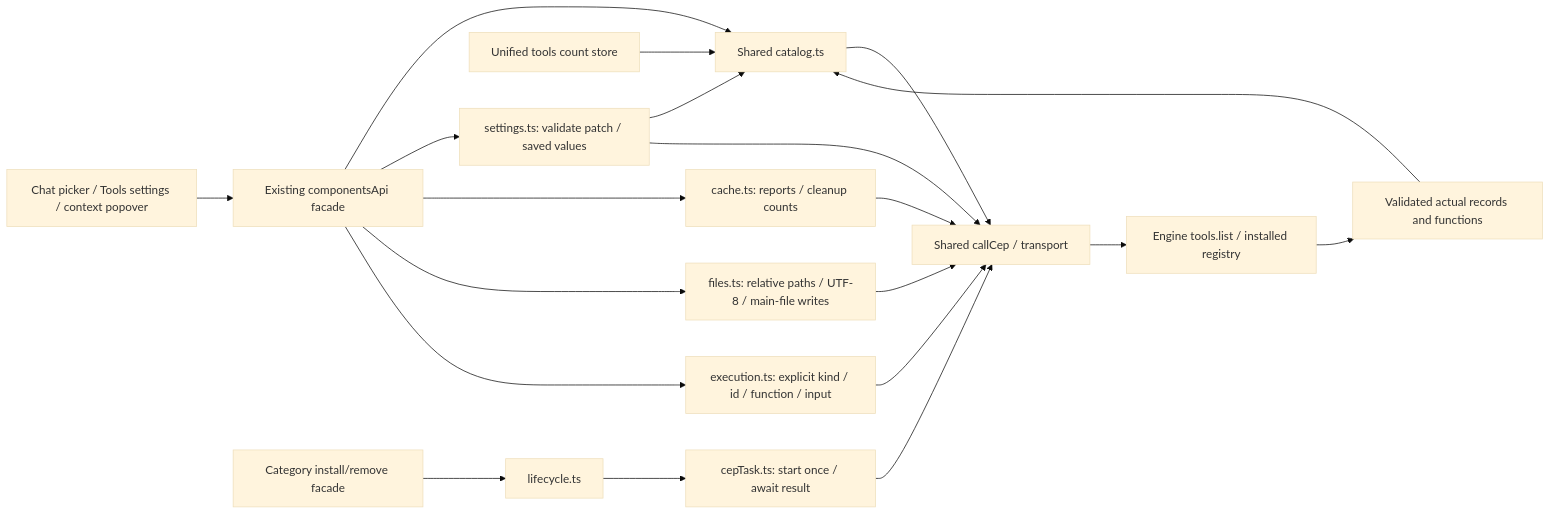
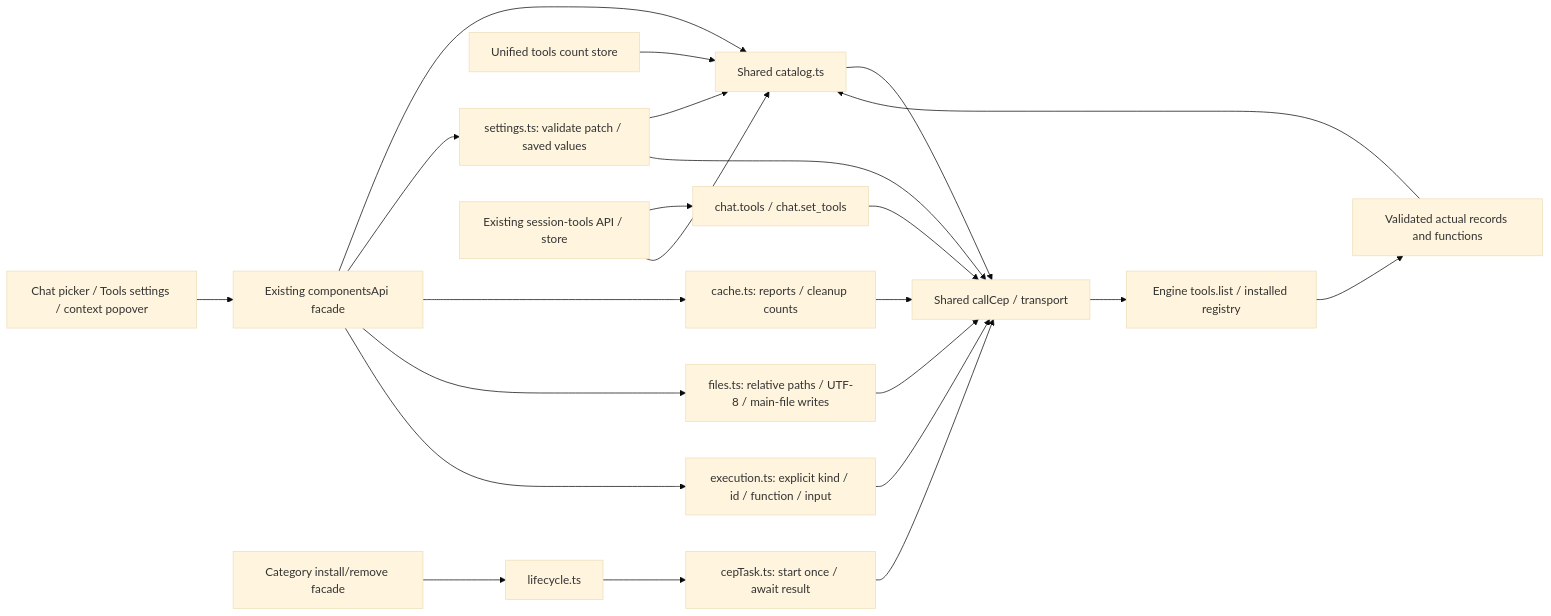
One commit to cluaiz/cluaiz-app changed the diagram in src/api/engine/tools/README.md. Above: the diagram before and after it, drawn with Mermaid (base theme). The commit also changed other lines of this file and 7 other files, not shown here.

Commit message:
fix(app/tools): migrate per-chat tool bindings to CEP

````diff
--- a/src/api/engine/tools/README.md
+++ b/src/api/engine/tools/README.md
@@ -12,22 +12,25 @@
 ```mermaid
 flowchart LR
     F["Chat picker / Tools settings / context popover"] --> C["Existing componentsApi facade"]
     S["Skills / plugins / MCP list facade"] --> R["Shared catalog.ts"]
     C --> R
     N["Unified tools count store"] --> R
     R --> P["Shared callCep / transport"]
     P --> E["Engine tools.list / installed registry"]
     E --> V["Validated actual records and functions"]
     V --> R
     C --> S["settings.ts: validate patch / saved values"]
     C --> K["cache.ts: reports / cleanup counts"]
     S --> P
     K --> P
     C --> D["files.ts: relative paths / UTF-8 / main-file writes"]
     D --> P
     C --> X["execution.ts: explicit kind / id / function / input"]
     X --> P
     L["Category install/remove facade"] --> O["lifecycle.ts"]
     O --> T["cepTask.ts: start once / await result"]
     T --> P
+    B["Existing session-tools API / store"] --> Q["chat.tools / chat.set_tools"]
+    B --> R
+    Q --> P
 ```
````
